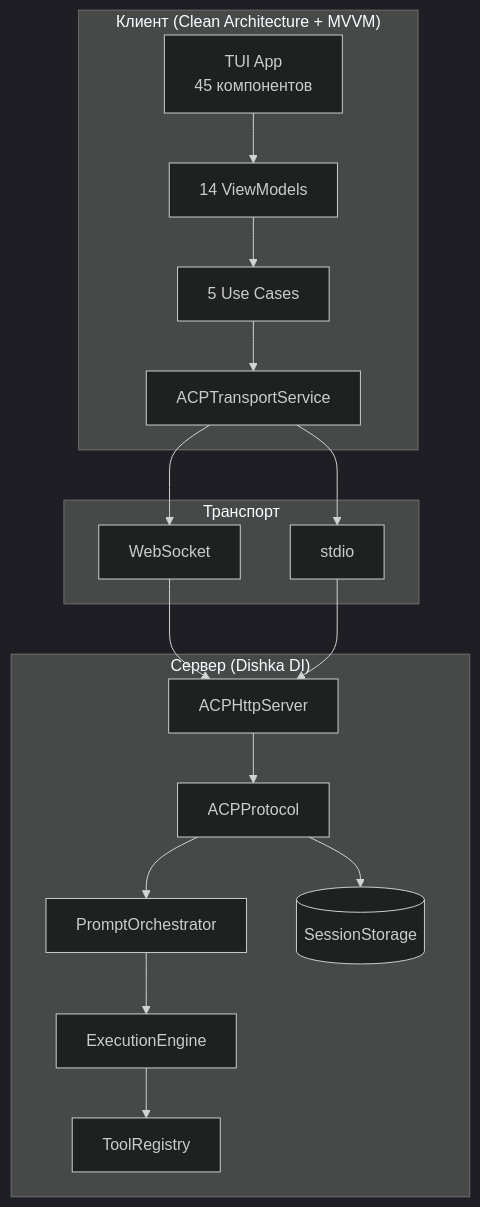
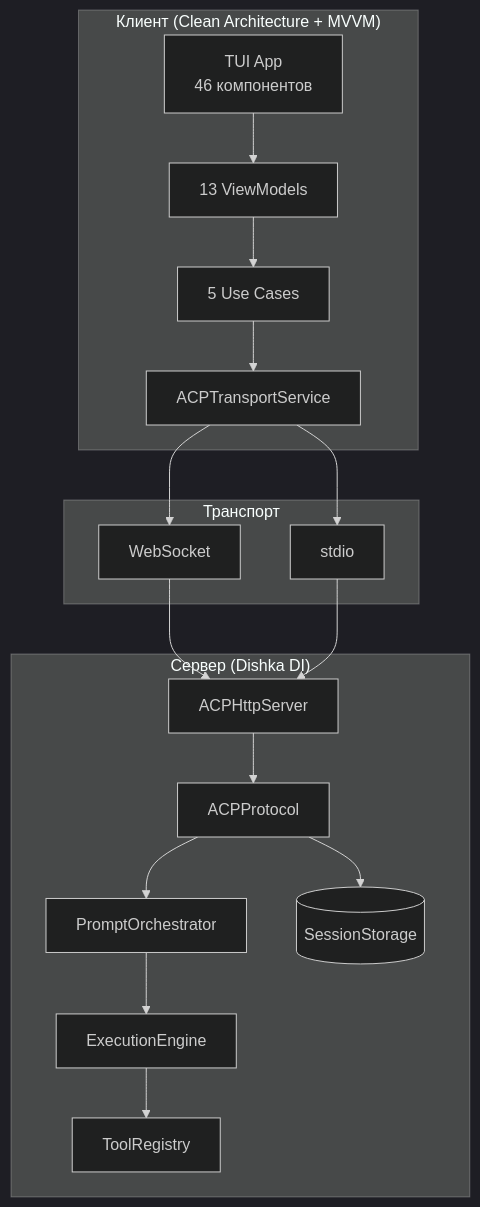
Before and after one commit to pese-git/codelab-agent: the first of 6 diagrams in doc/product/developer-guide/architecture.md, drawn with Mermaid (dark theme). The commit also changed other lines of this file and 3 other files, not shown here.

````diff
--- a/doc/product/developer-guide/architecture.md
+++ b/doc/product/developer-guide/architecture.md
@@ -9,29 +9,29 @@
 ```mermaid
 graph TB
     subgraph Client["Клиент (Clean Architecture + MVVM)"]
-        TUI["TUI App<br/>45 компонентов"]
-        VM[14 ViewModels]
+        TUI["TUI App<br/>46 компонентов"]
+        VM[13 ViewModels]
         UC[5 Use Cases]
         TS[ACPTransportService]
     end
     
     subgraph Transport["Транспорт"]
         WS[WebSocket]
         STDIO[stdio]
     end
     
     subgraph Server["Сервер (Dishka DI)"]
         HTTP[ACPHttpServer]
         AP[ACPProtocol]
         PO[PromptOrchestrator]
         EE[ExecutionEngine]
         TR[ToolRegistry]
         Storage[(SessionStorage)]
     end
     
     TUI --> VM --> UC --> TS
     TS --> WS & STDIO
     WS & STDIO --> HTTP --> AP --> PO
     PO --> EE --> TR
     AP --> Storage
 ```
````
